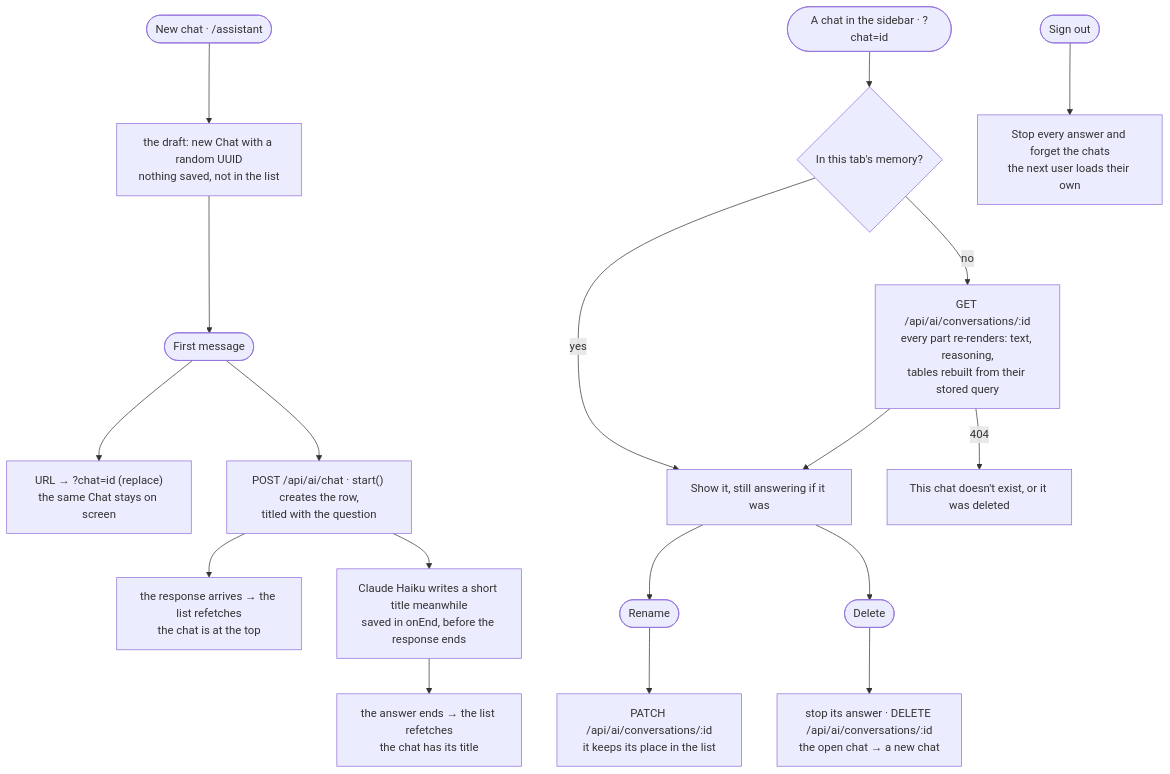
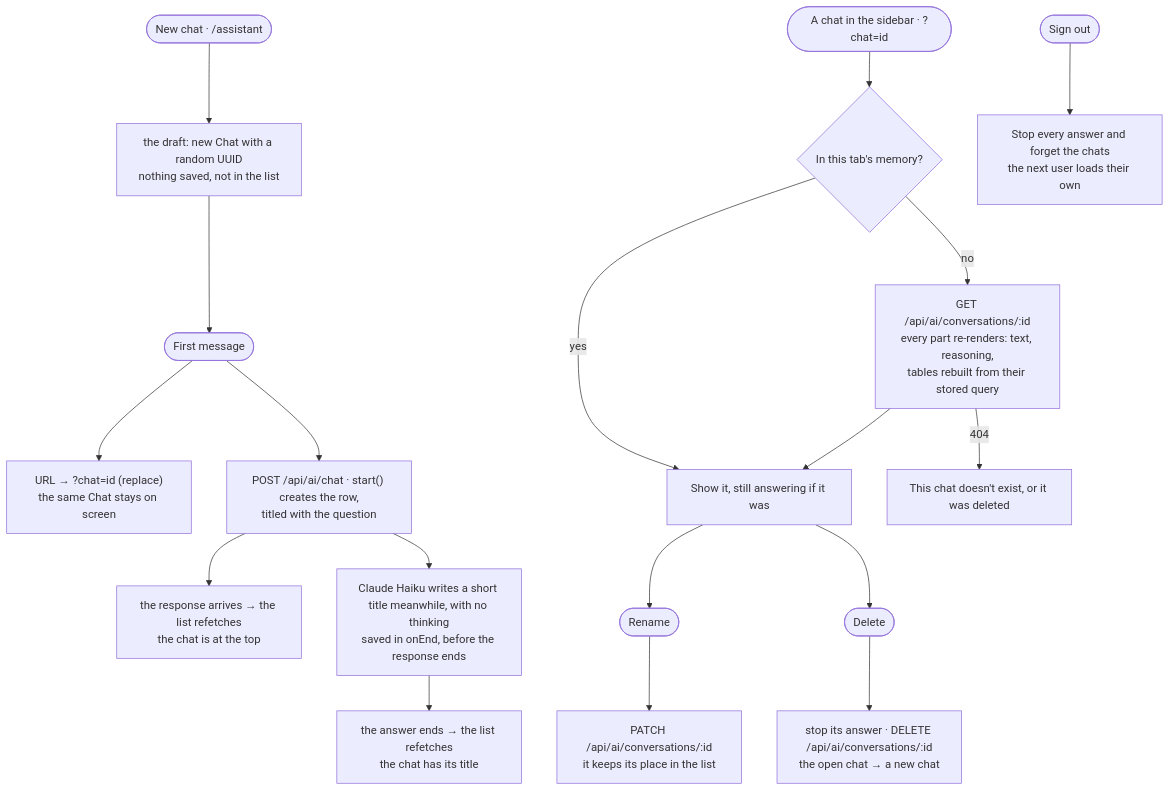
One commit to Slaven1996/gen_ui changed the second of 5 diagrams in docs/ai-assistant-flow.md. Above: the diagram before and after it, drawn with Mermaid. The commit also changed other lines of this file and 5 other files, not shown here.

Commit message:
no thinking by default for haiku model

````diff
--- a/docs/ai-assistant-flow.md
+++ b/docs/ai-assistant-flow.md
@@ -194,18 +194,18 @@
 ```mermaid
 flowchart TD
   NEW(["New chat · /assistant"]) --> DRAFT["the draft: new Chat with a random UUID<br/>nothing saved, not in the list"]
   DRAFT --> SEND(["First message"])
   SEND --> URL["URL → ?chat=id (replace)<br/>the same Chat stays on screen"]
   SEND --> ROW["POST /api/ai/chat · start() creates the row,<br/>titled with the question"]
   ROW --> LIST1["the response arrives → the list refetches<br/>the chat is at the top"]
-  ROW --> TITLE["Claude Haiku writes a short title meanwhile<br/>saved in onEnd, before the response ends"]
+  ROW --> TITLE["Claude Haiku writes a short title meanwhile, with no thinking<br/>saved in onEnd, before the response ends"]
   TITLE --> LIST2["the answer ends → the list refetches<br/>the chat has its title"]
   PICK(["A chat in the sidebar · ?chat=id"]) --> MEM{"In this tab's memory?"}
   MEM -- yes --> SHOW["Show it, still answering if it was"]
   MEM -- no --> GET["GET /api/ai/conversations/:id<br/>every part re-renders: text, reasoning,<br/>tables rebuilt from their stored query"]
   GET --> SHOW
   GET -- 404 --> GONE["This chat doesn't exist, or it was deleted"]
   SHOW --> REN(["Rename"]) --> PATCH["PATCH /api/ai/conversations/:id<br/>it keeps its place in the list"]
   SHOW --> DEL(["Delete"]) --> STOP["stop its answer · DELETE /api/ai/conversations/:id<br/>the open chat → a new chat"]
   SIGNOUT(["Sign out"]) --> DROP["Stop every answer and forget the chats<br/>the next user loads their own"]
 ```
````
